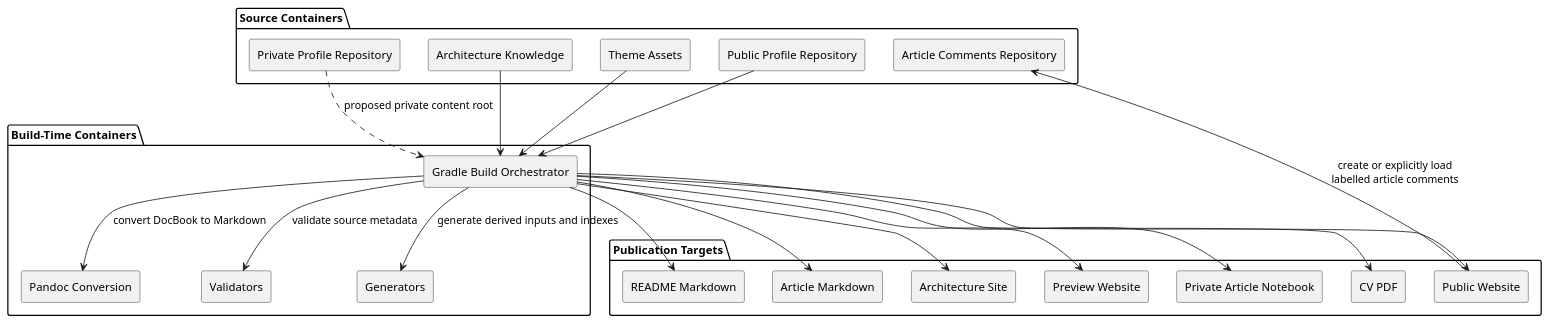
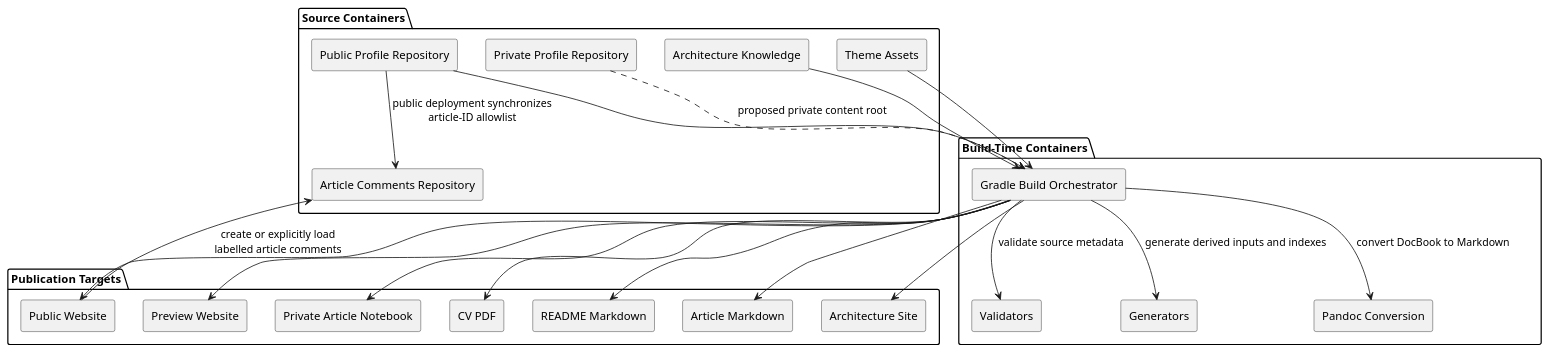
Before and after one commit to dieterbaier/profile: the second of 3 diagrams in src-content/docs/arc42/doc-05000-building-block-view.adoc, drawn with PlantUML. The commit also changed other lines of this file and 6 other files, not shown here.

```diff
--- a/src-content/docs/arc42/doc-05000-building-block-view.adoc
+++ b/src-content/docs/arc42/doc-05000-building-block-view.adoc
@@ -53,47 +53,48 @@
 [plantuml]
 ----
 @startuml
 skinparam componentStyle rectangle
 
 package "Source Containers" {
   [Public Profile Repository] as PublicRepo
   [Article Comments Repository] as CommentsRepo
   [Private Profile Repository] as PrivateRepo
   [Architecture Knowledge] as Architecture
   [Theme Assets] as Theme
 }
 
 package "Build-Time Containers" {
   [Gradle Build Orchestrator] as Gradle
   [Validators] as Validators
   [Generators] as Generators
   [Pandoc Conversion] as Pandoc
 }
 
 package "Publication Targets" {
   [Public Website] as PublicSite
   [Preview Website] as PreviewSite
   [Private Article Notebook] as PrivateSite
   [CV PDF] as CV
   [README Markdown] as Readme
   [Article Markdown] as ArticleMarkdown
   [Architecture Site] as ArchitectureSite
 }
 
 PublicRepo --> Gradle
+PublicRepo --> CommentsRepo : public deployment synchronizes\narticle-ID allowlist
 PrivateRepo ..> Gradle : proposed private content root
 Architecture --> Gradle
 Theme --> Gradle
 Gradle --> Validators : validate source metadata
 Gradle --> Generators : generate derived inputs and indexes
 Gradle --> Pandoc : convert DocBook to Markdown
 Gradle --> PublicSite
 Gradle --> PreviewSite
 Gradle --> PrivateSite
 Gradle --> CV
 Gradle --> Readme
 Gradle --> ArticleMarkdown
 Gradle --> ArchitectureSite
 PublicSite --> CommentsRepo : create or explicitly load\nlabelled article comments
 @enduml
 ----
```
